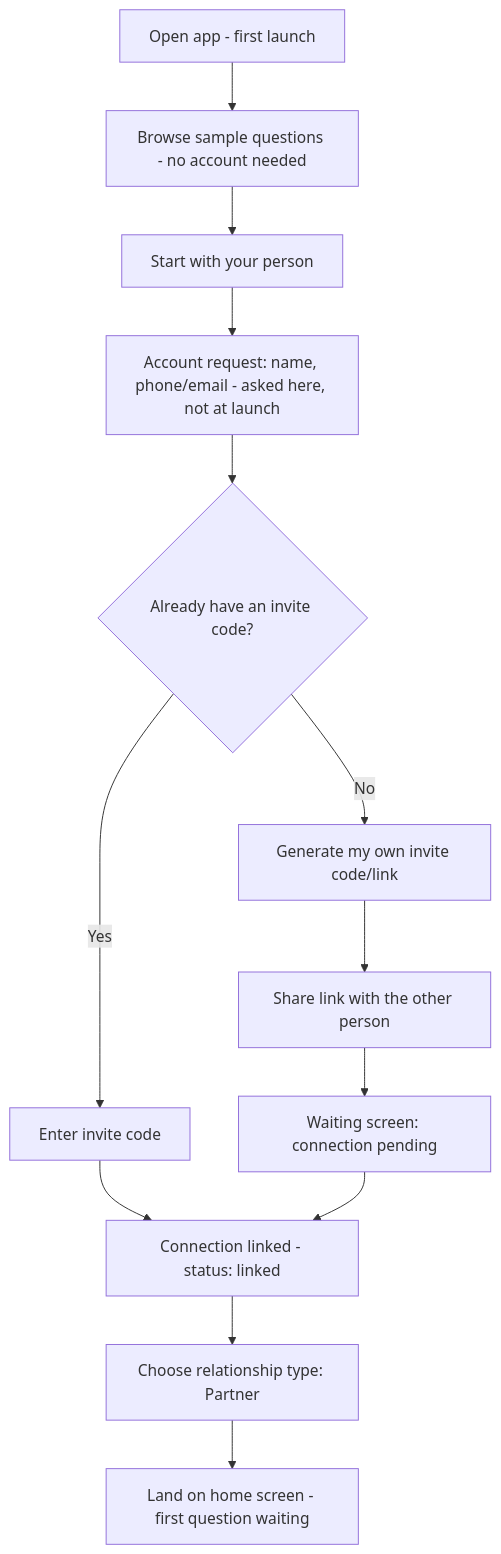
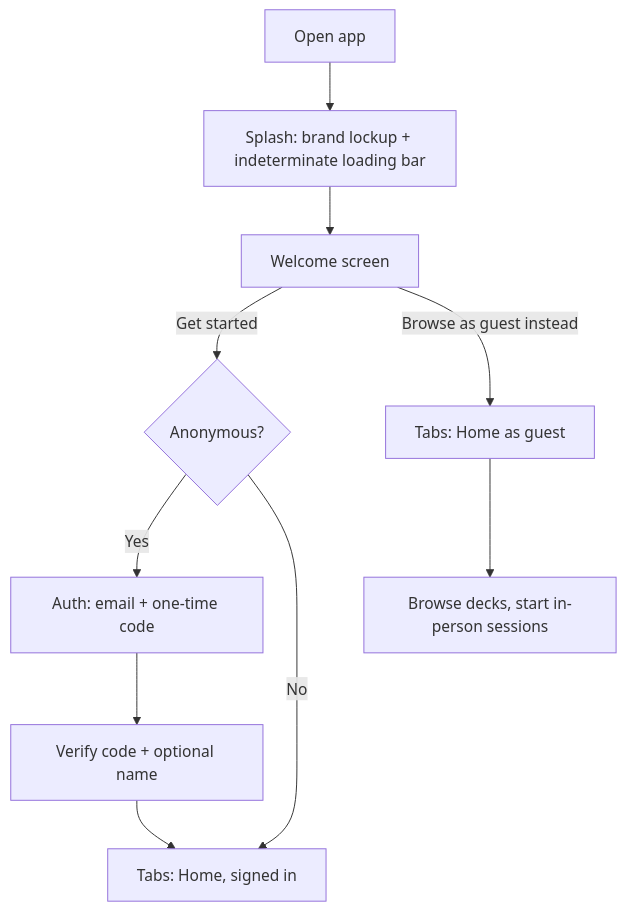
Before and after one commit to QuayeDNA/chale: the first of 5 diagrams in docs/04-user-flows.md, drawn with Mermaid. The commit also changed other lines of this file and 15 other files, not shown here.

````diff
--- a/docs/04-user-flows.md
+++ b/docs/04-user-flows.md
@@ -10,15 +12,12 @@
 ```mermaid
 flowchart TD
-    A[Open app - first launch] --> B[Browse sample questions - no account needed]
-    B --> C[Start with your person]
-    C --> D[Account request: name, phone/email - asked here, not at launch]
-    D --> E{Already have an invite code?}
-    E -->|Yes| F[Enter invite code]
-    E -->|No| G[Generate my own invite code/link]
-    F --> H[Connection linked - status: linked]
-    G --> I[Share link with the other person]
-    I --> J[Waiting screen: connection pending]
-    J --> H
-    H --> K[Choose relationship type: Partner]
-    K --> L[Land on home screen - first question waiting]
+    A[Open app] --> B[Splash: brand lockup + indeterminate loading bar]
+    B --> C[Welcome screen]
+    C -->|Get started| D{Anonymous?}
+    C -->|Browse as guest instead| E[Tabs: Home as guest]
+    D -->|Yes| F[Auth: email + one-time code]
+    D -->|No| E2[Tabs: Home, signed in]
+    F --> G[Verify code + optional name]
+    G --> E2
+    E --> H[Browse decks, start in-person sessions]
 ```
````
